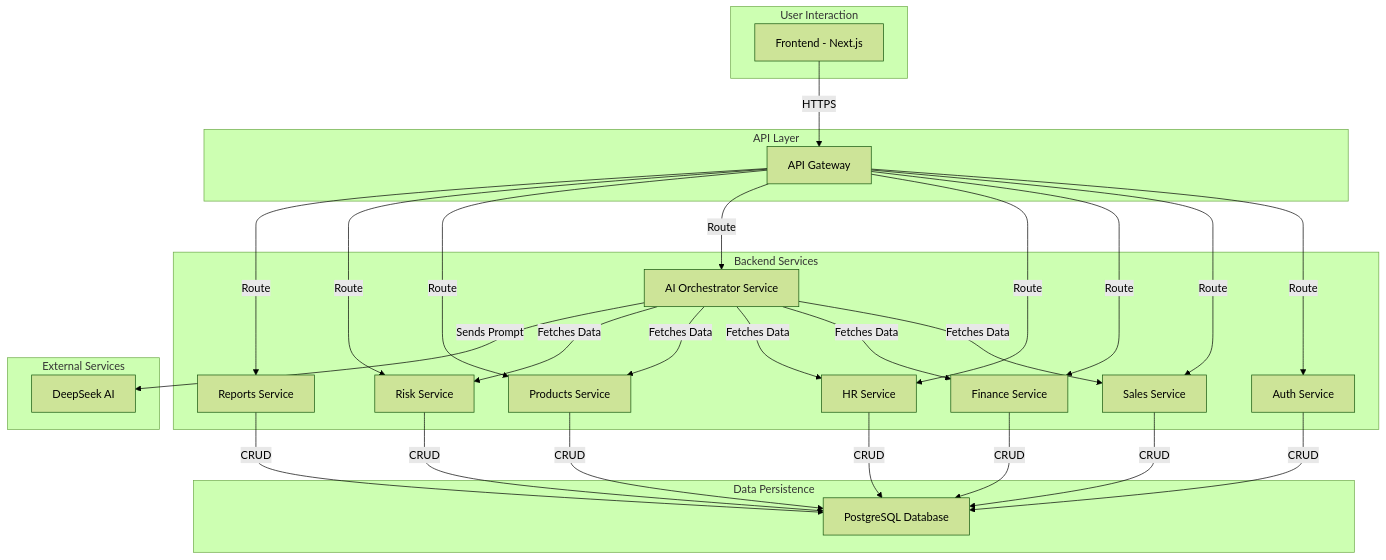
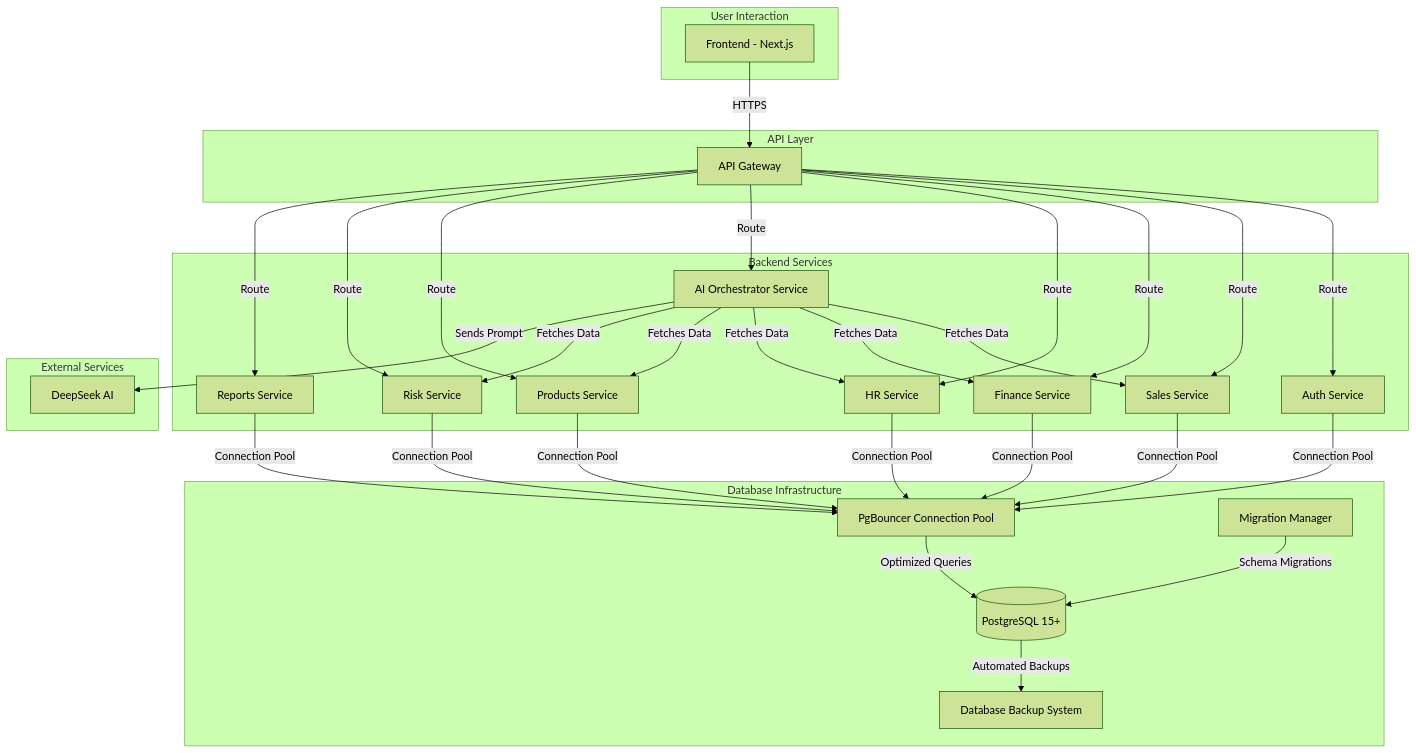
The first of 4 diagrams in docs/System_Architecture.md (CatHuyuH24/A-EMS), drawn with Mermaid (forest theme) before and after one commit. The commit also changed other lines of this file and 5 other files, not shown here.

````diff
--- a/docs/System_Architecture.md
+++ b/docs/System_Architecture.md
@@ -16,54 +16,61 @@
 ```mermaid
 graph TD
     subgraph User Interaction
         A[Frontend - Next.js]
     end
 
     subgraph API Layer
         B[API Gateway]
     end
 
     subgraph Backend Services
         C[Auth Service]
         D[Sales Service]
         E[Finance Service]
         F[HR Service]
         G[AI Orchestrator Service]
         H[Products Service]
         I[Risk Service]
         J[Reports Service]
     end
 
-    subgraph Data Persistence
-        K[PostgreSQL Database]
+    subgraph Database Infrastructure
+        K[(PostgreSQL 15+)]
+        L[PgBouncer Connection Pool]
+        M[Database Backup System]
+        N[Migration Manager]
     end
 
     subgraph External Services
-        L[DeepSeek AI]
+        O[DeepSeek AI]
     end
 
     A -- HTTPS --> B
     B -- Route --> C
     B -- Route --> D
     B -- Route --> E
     B -- Route --> F
     B -- Route --> G
     B -- Route --> H
     B -- Route --> I
     B -- Route --> J
 
-    C -- CRUD --> K
-    D -- CRUD --> K
-    E -- CRUD --> K
-    F -- CRUD --> K
-    H -- CRUD --> K
-    I -- CRUD --> K
-    J -- CRUD --> K
+    C -- Connection Pool --> L
+    D -- Connection Pool --> L
+    E -- Connection Pool --> L
+    F -- Connection Pool --> L
+    H -- Connection Pool --> L
+    I -- Connection Pool --> L
+    J -- Connection Pool --> L
+
+    L -- Optimized Queries --> K
+    K -- Automated Backups --> M
+    N -- Schema Migrations --> K
 
     G -- Fetches Data --> D
     G -- Fetches Data --> E
     G -- Fetches Data --> F
     G -- Fetches Data --> H
     G -- Fetches Data --> I
-    G -- Sends Prompt --> L
+    G -- Sends Prompt --> O
 ```
````
